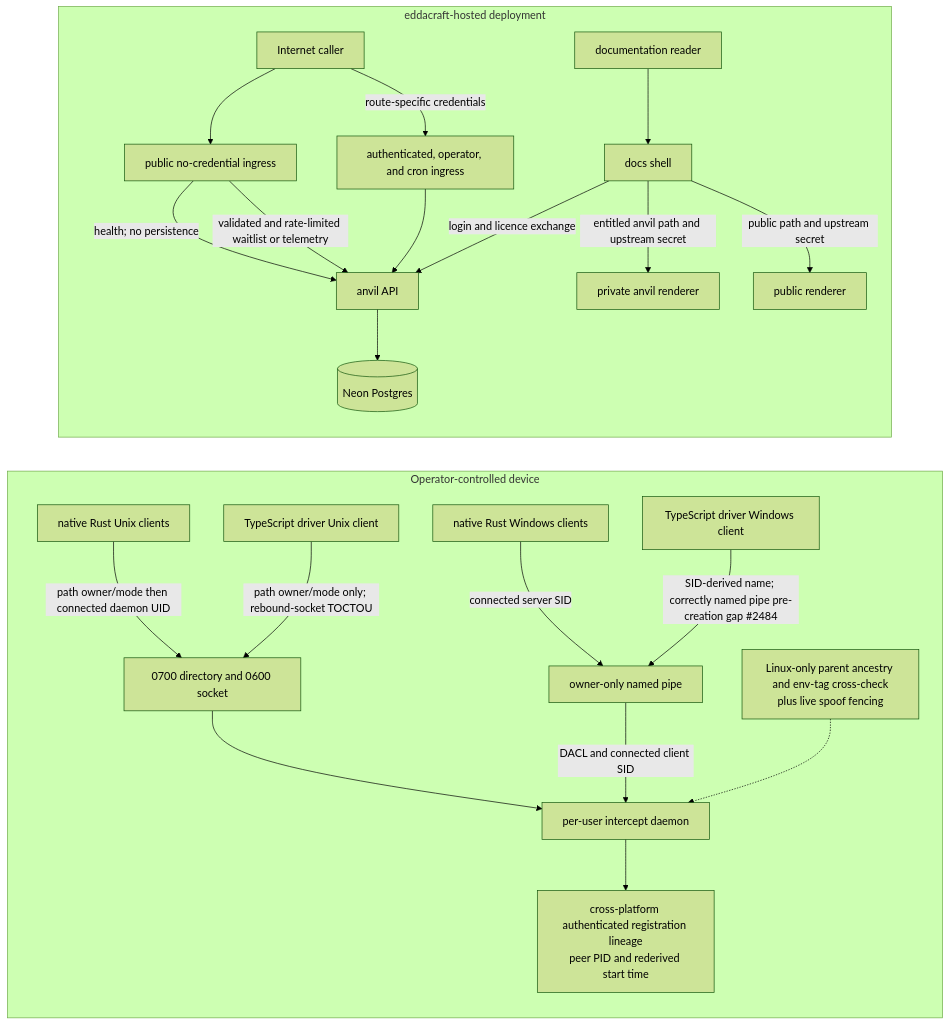
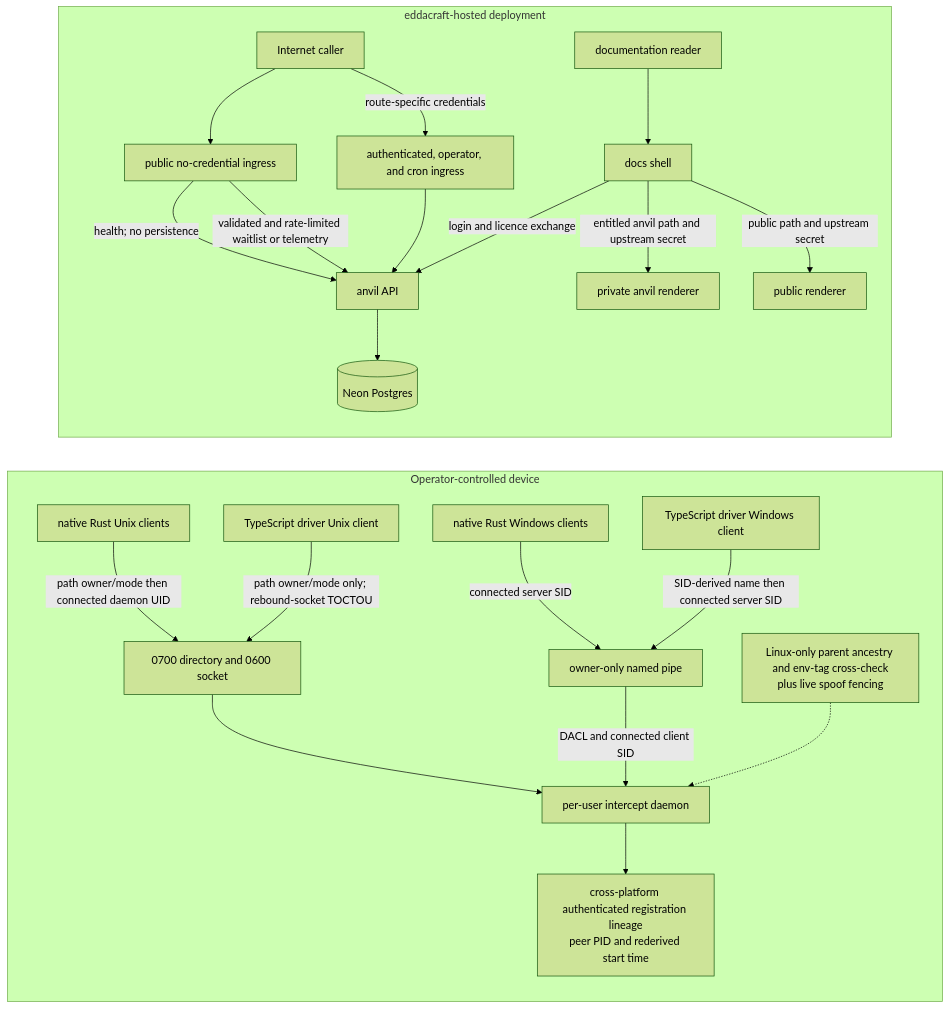
Before and after one commit to eddacraft/eddacraft-tui: the diagram in docs/architecture/trust-and-deployment-boundaries.md, drawn with Mermaid (forest theme). The commit also changed other lines of this file and 14 other files, not shown here.

First line of the commit message:
fix(driver): authenticate windows pipe server

````diff
--- a/docs/architecture/trust-and-deployment-boundaries.md
+++ b/docs/architecture/trust-and-deployment-boundaries.md
@@ -24,47 +24,47 @@
 ```mermaid
 flowchart LR
     subgraph Device["Operator-controlled device"]
         NativeUnix[native Rust Unix clients]
         TSUnix[TypeScript driver Unix client]
         UnixIPC[0700 directory and 0600 socket]
         NativeWindows[native Rust Windows clients]
         TSWindows[TypeScript driver Windows client]
         WindowsIPC[owner-only named pipe]
         Daemon[per-user intercept daemon]
         Registration[cross-platform authenticated registration lineage<br/>peer PID and rederived start time]
         LinuxExtra[Linux-only parent ancestry and env-tag cross-check<br/>plus live spoof fencing]
 
         NativeUnix -->|path owner/mode then connected daemon UID| UnixIPC
         TSUnix -->|path owner/mode only; rebound-socket TOCTOU| UnixIPC
         UnixIPC --> Daemon
         NativeWindows -->|connected server SID| WindowsIPC
-        TSWindows -->|SID-derived name; correctly named pipe pre-creation gap #2484| WindowsIPC
+        TSWindows -->|SID-derived name then connected server SID| WindowsIPC
         WindowsIPC -->|DACL and connected client SID| Daemon
         Daemon --> Registration
         LinuxExtra -.-> Daemon
     end
 
     subgraph Hosted["eddacraft-hosted deployment"]
         Internet[Internet caller]
         API[anvil API]
         Data[(Neon Postgres)]
         Reader[documentation reader]
         Shell[docs shell]
         Private[private anvil renderer]
         PublicRenderer[public renderer]
 
         PublicIngress[public no-credential ingress]
         Protected[authenticated, operator, and cron ingress]
 
         Internet --> PublicIngress
         Internet -->|route-specific credentials| Protected
         PublicIngress -->|health; no persistence| API
         PublicIngress -->|validated and rate-limited waitlist or telemetry| API
         Protected --> API
         API --> Data
         Reader --> Shell
         Shell -->|login and licence exchange| API
         Shell -->|entitled anvil path and upstream secret| Private
         Shell -->|public path and upstream secret| PublicRenderer
     end
 ```
````
